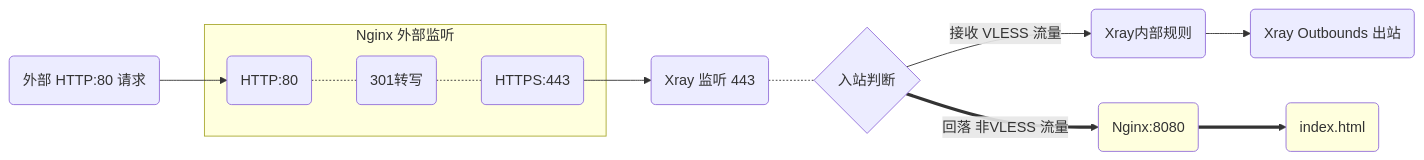
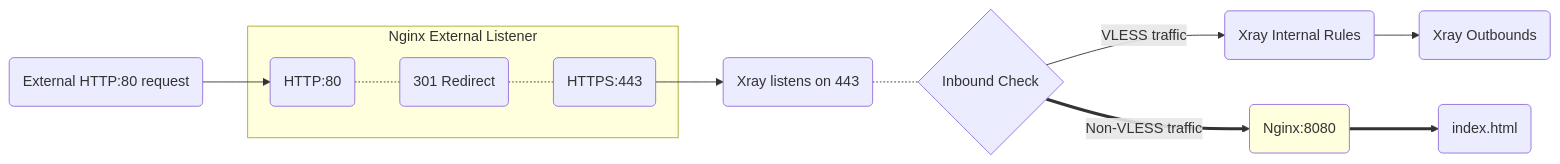
Before and after one commit to XTLS/Xray-docs-next: the diagram in docs/en/document/level-1/fallbacks-lv1.md, drawn with Mermaid. The commit also changed other lines of this file, not shown here.

````diff
--- a/docs/en/document/level-1/fallbacks-lv1.md
+++ b/docs/en/document/level-1/fallbacks-lv1.md
@@ -66,19 +60,13 @@
    ```mermaid
    graph LR;
-
-   W(外部 HTTP:80 请求) --> N80(HTTP:80)
-
-   subgraph Nginx 外部监听
-   N80 -.- N301(301转写) -.- N443(HTTPS:443)
+   W(External HTTP:80 request) --> N80(HTTP:80)
+   subgraph Nginx External Listener
+   N80 -.- N301(301 Redirect) -.- N443(HTTPS:443)
    end
-
-   N443 --> X(Xray 监听 443) .- X1{入站判断}
-   X1 --> |接收 VLESS 流量| X2(Xray内部规则)
-   X2 --> O(Xray Outbounds 出站)
-   X1 ==> |回落 非VLESS 流量| N8080(Nginx:8080)
+   N443 --> X(Xray listens on 443) .- X1{Inbound Check}
+   X1 --> |VLESS traffic| X2(Xray Internal Rules)
+   X2 --> O(Xray Outbounds)
+   X1 ==> |Non-VLESS traffic| N8080(Nginx:8080)
    N8080:::nginxclass ==> H(index.html)
-
-   H:::nginxclass
    classDef nginxclass fill:#FFFFDE
-
    ```
````
